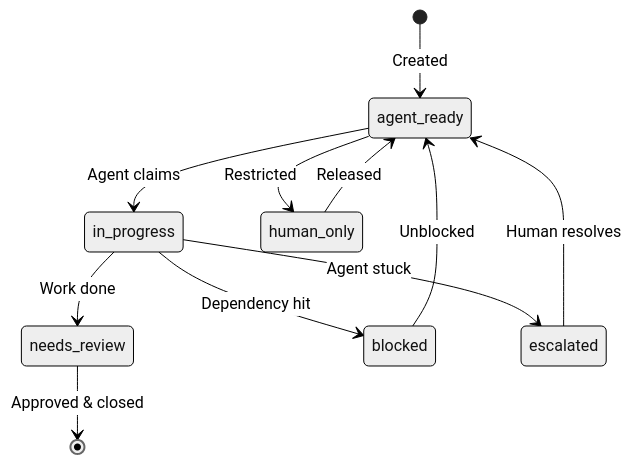
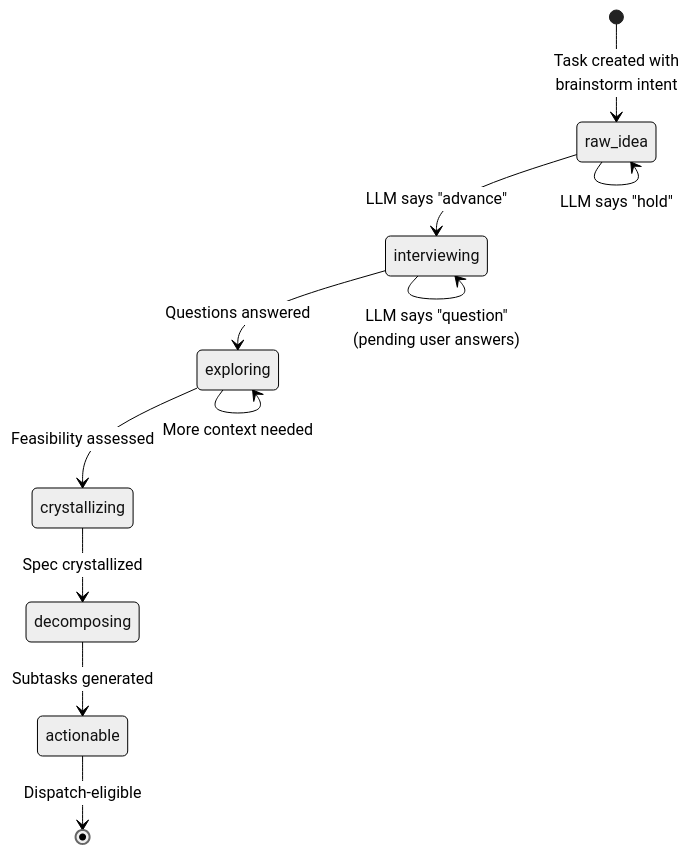
One commit to Kjdragan/universal_agent changed the seventh of 11 diagrams in docs/02_Subsystems/Proactive_Pipeline.md. Above: the diagram before and after it, drawn with Mermaid (neutral theme). The commit also changed other lines of this file and 27 other files, not shown here.

````diff
--- a/docs/02_Subsystems/Proactive_Pipeline.md
+++ b/docs/02_Subsystems/Proactive_Pipeline.md
@@ -246,13 +361,15 @@
 ```mermaid
 stateDiagram-v2
-    [*] --> agent_ready: Created
-    agent_ready --> in_progress: Agent claims
-    in_progress --> needs_review: Work done
-    in_progress --> blocked: Dependency hit
-    in_progress --> escalated: Agent stuck
-    blocked --> agent_ready: Unblocked
-    escalated --> agent_ready: Human resolves
-    needs_review --> [*]: Approved & closed
-    agent_ready --> human_only: Restricted
-    human_only --> agent_ready: Released
+    [*] --> raw_idea: Task created with<br/>brainstorm intent
+    raw_idea --> interviewing: LLM says "advance"
+    interviewing --> exploring: Questions answered
+    exploring --> crystallizing: Feasibility assessed
+    crystallizing --> decomposing: Spec crystallized
+    decomposing --> actionable: Subtasks generated
+
+    raw_idea --> raw_idea: LLM says "hold"
+    interviewing --> interviewing: LLM says "question"<br/>(pending user answers)
+    exploring --> exploring: More context needed
+    
+    actionable --> [*]: Dispatch-eligible
 ```
````
